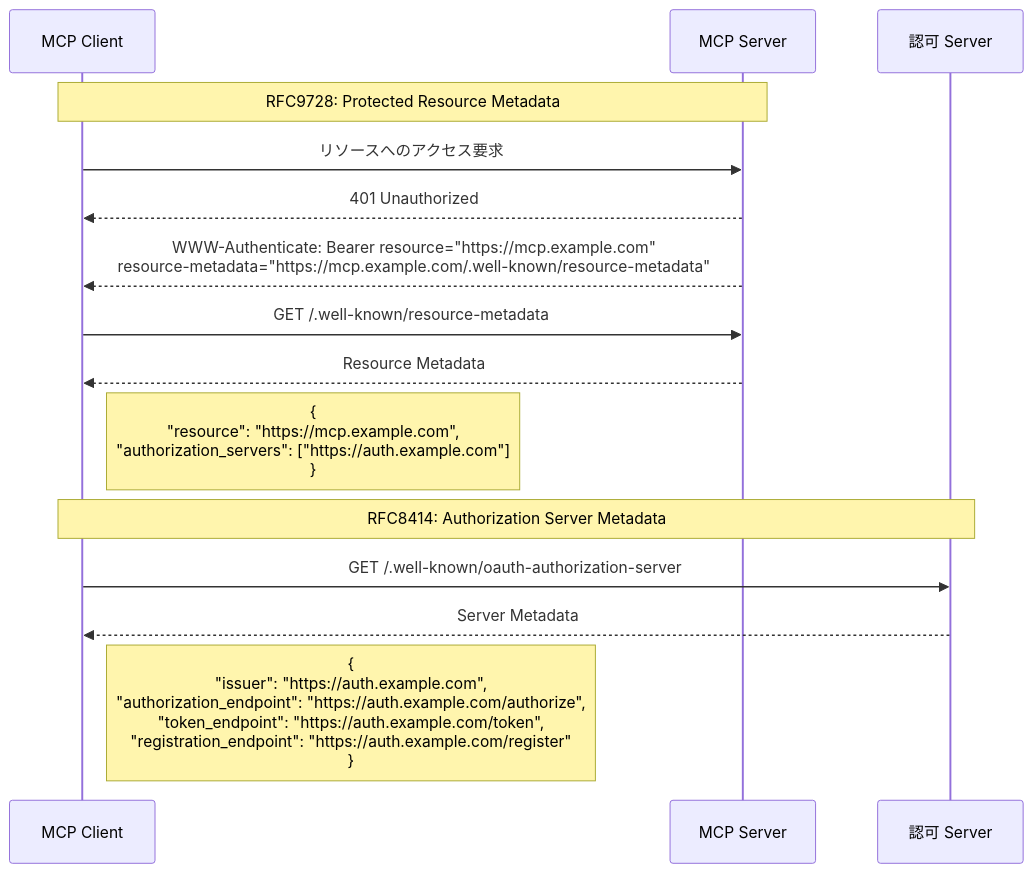
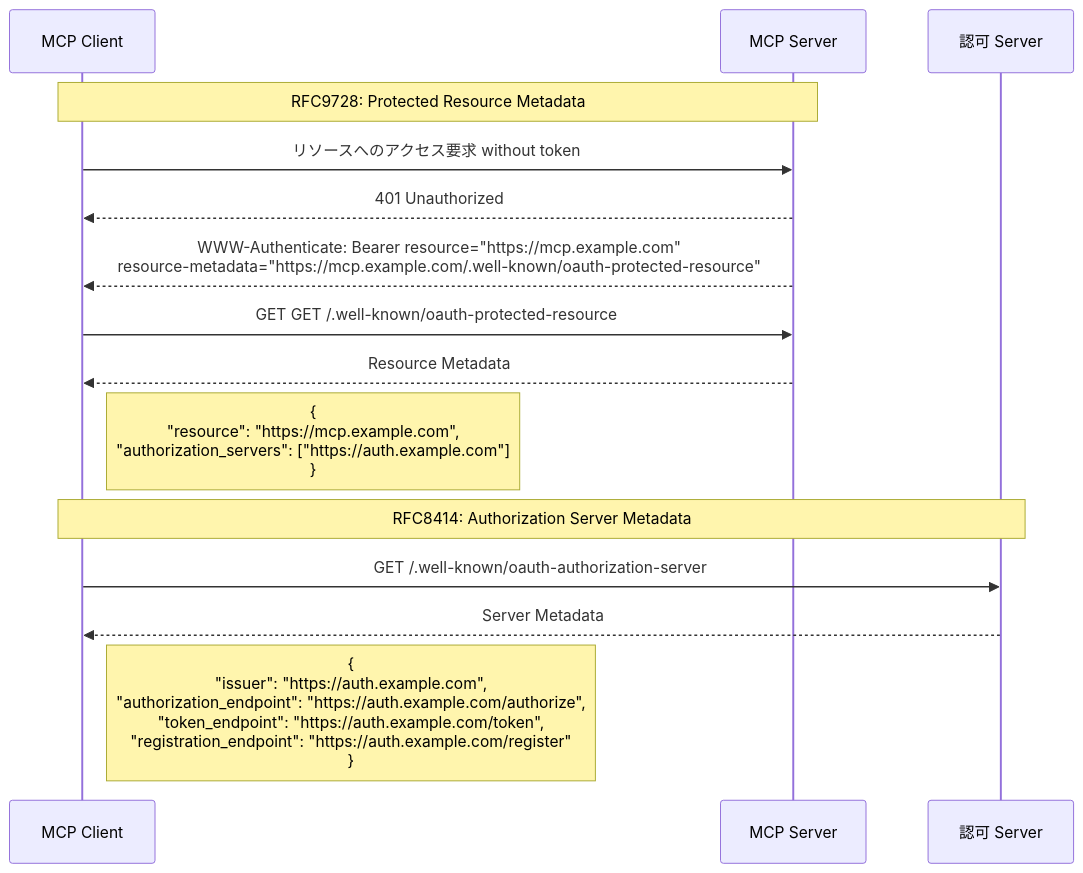
Before and after one commit to littlemex/zenn: the first of 6 diagrams in books/security-of-the-mcp/chapter12.md, drawn with Mermaid.

````diff
--- a/books/security-of-the-mcp/chapter12.md
+++ b/books/security-of-the-mcp/chapter12.md
@@ -53,20 +53,20 @@
 ```mermaid
 sequenceDiagram
     participant MCP_Client as MCP Client
     participant MCP_Server as MCP Server
     participant Auth_Server as 認可 Server
     
     Note over MCP_Client,MCP_Server: RFC9728: Protected Resource Metadata
-    MCP_Client->>MCP_Server: リソースへのアクセス要求
+    MCP_Client->>MCP_Server: リソースへのアクセス要求 without token
     MCP_Server-->>MCP_Client: 401 Unauthorized
-    MCP_Server-->>MCP_Client: WWW-Authenticate: Bearer resource="https://mcp.example.com"<br>resource-metadata="https://mcp.example.com/.well-known/resource-metadata"
+    MCP_Server-->>MCP_Client: WWW-Authenticate: Bearer resource="https://mcp.example.com"<br>resource-metadata="https://mcp.example.com/.well-known/oauth-protected-resource"
     
-    MCP_Client->>MCP_Server: GET /.well-known/resource-metadata
+    MCP_Client->>MCP_Server: GET GET /.well-known/oauth-protected-resource
     MCP_Server-->>MCP_Client: Resource Metadata
     Note right of MCP_Client: {<br>  "resource": "https://mcp.example.com",<br>  "authorization_servers": ["https://auth.example.com"]<br>}
     
     Note over MCP_Client,Auth_Server: RFC8414: Authorization Server Metadata
     MCP_Client->>Auth_Server: GET /.well-known/oauth-authorization-server
     Auth_Server-->>MCP_Client: Server Metadata
     Note right of MCP_Client: {<br>  "issuer": "https://auth.example.com",<br>  "authorization_endpoint": "https://auth.example.com/authorize",<br>  "token_endpoint": "https://auth.example.com/token",<br>  "registration_endpoint": "https://auth.example.com/register"<br>}
 ```
````
